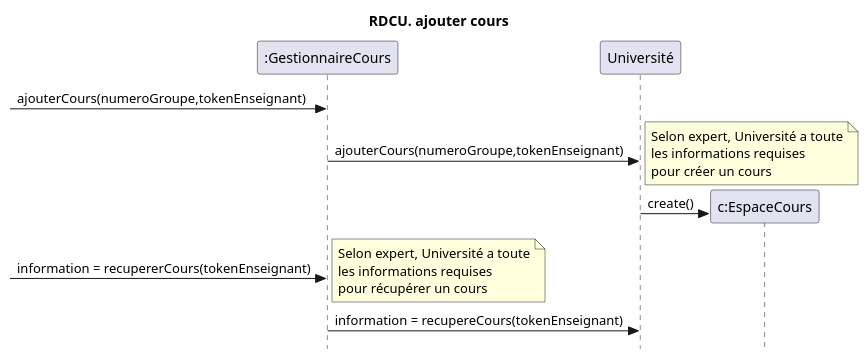
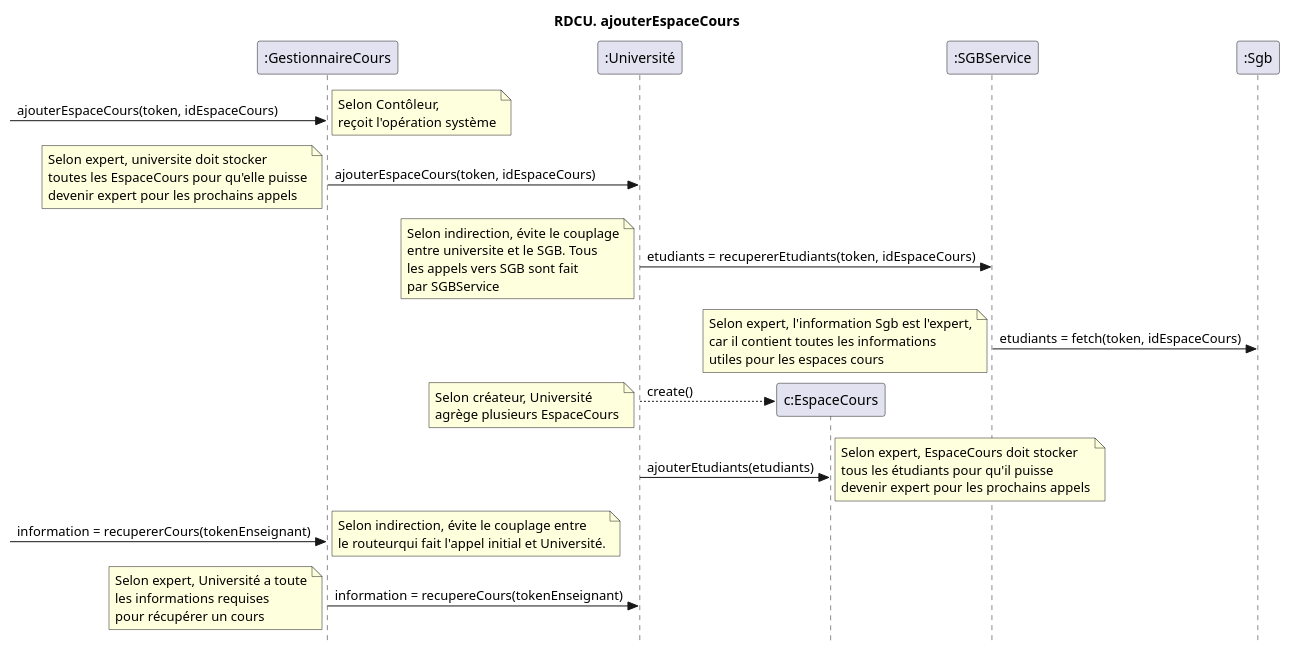
Before and after one commit to nerdz88/SGA-TS: the diagram in docs/Ajouter cours/RDCU_ajouterCours.puml, drawn with PlantUML. The commit also changed 39 other files, not shown here.

```diff
--- a/docs/Ajouter cours/RDCU_ajouterCours.puml
+++ b/docs/Ajouter cours/RDCU_ajouterCours.puml
@@ -1,17 +1,27 @@
 @startuml creerNouveauCours
 skinparam style strictuml
 skinparam defaultfontname Verdana
-title RDCU. ajouter cours
+title RDCU. ajouterEspaceCours
 participant ":GestionnaireCours" as controlleur
-participant "Université" as sga
+participant ":Université" as sga
 participant "c:EspaceCours" as cours
+participant ":SGBService" as service
+participant ":Sgb" as sgb
 
--> controlleur : ajouterCours(numeroGroupe,tokenEnseignant)
-  controlleur->sga : ajouterCours(numeroGroupe,tokenEnseignant)
-  note right : Selon expert, Université a toute\nles informations requises\npour créer un cours
-  create cours
-  sga->cours : create()
+-> controlleur : ajouterEspaceCours(token, idEspaceCours)
+note right : Selon Contôleur,\nreçoit l'opération système
+  controlleur->sga : ajouterEspaceCours(token, idEspaceCours)
+  note left : Selon expert, universite doit stocker\ntoutes les EspaceCours pour qu'elle puisse\ndevenir expert pour les prochains appels
+  sga ->  service : etudiants = recupererEtudiants(token, idEspaceCours)
+  note left : Selon indirection, évite le couplage\nentre universite et le SGB. Tous\nles appels vers SGB sont fait\npar SGBService
+  service -> sgb : etudiants = fetch(token, idEspaceCours)
+  note left : Selon expert, l'information Sgb est l'expert,\ncar il contient toutes les informations\nutiles pour les espaces cours
+  sga-->cours** : create()
+  note left : Selon créateur, Université\nagrège plusieurs EspaceCours
+  sga -> cours : ajouterEtudiants(etudiants)
+  note right : Selon expert, EspaceCours doit stocker\ntous les étudiants pour qu'il puisse\ndevenir expert pour les prochains appels
   -> controlleur : information = recupererCours(tokenEnseignant)
-note right : Selon expert, Université a toute\nles informations requises\npour récupérer un cours
+  note right : Selon indirection, évite le couplage entre\nle routeurqui fait l'appel initial et Université.
   controlleur -> sga : information = recupereCours(tokenEnseignant)
+  note left : Selon expert, Université a toute\nles informations requises\npour récupérer un cours
   @enduml
```
